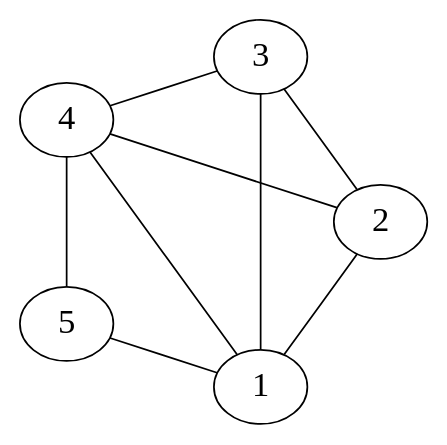
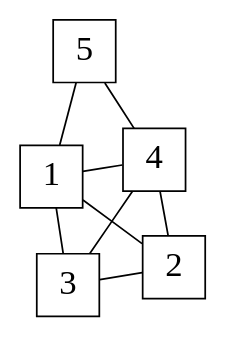
One commit to ponyatov/boox changed the diagram in prolog/fisher/f2_1_2.dot. Above: the diagram before and after it, drawn with Graphviz. The commit also changed 1 other file, not shown here.

```diff
--- a/prolog/fisher/f2_1_2.dot
+++ b/prolog/fisher/f2_1_2.dot
@@ -1,12 +1,12 @@
 graph {
-layout=circo ;
-node [fontsize=20;]; 
+layout=neato ;
+node [fontsize=20;shape=square]; 
 1 -- 2;
 1 -- 3;
 1 -- 4;
 1 -- 5;
 2 -- 3;
 2 -- 4;
 3 -- 4;
 4 -- 5;
 }
```
